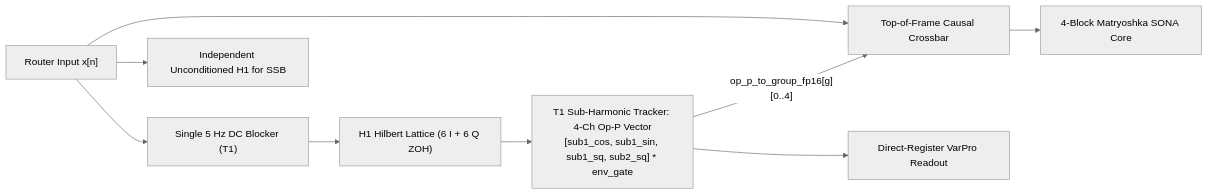
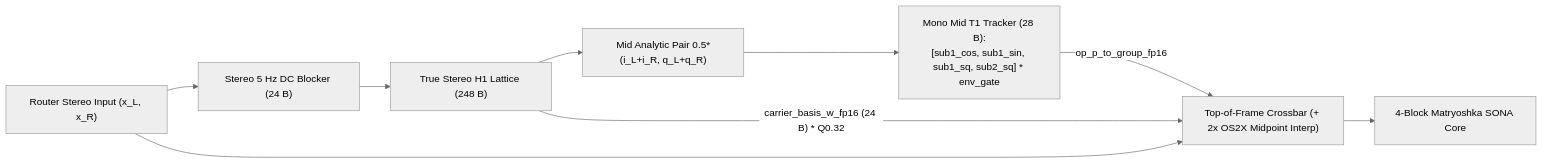
Before and after one commit to mokugen/dnam: the diagram in docs/specs/dsp/op_m_modal_kautz.md, drawn with Mermaid (neutral theme). The commit also changed other lines of this file and 11 other files, not shown here.

````diff
--- a/docs/specs/dsp/op_m_modal_kautz.md
+++ b/docs/specs/dsp/op_m_modal_kautz.md
@@ -213,8 +274,7 @@
 ```mermaid
 flowchart LR
-    X["Router Input x[n]"] --> DC["Single 5 Hz DC Blocker (T1)"] --> H1["H1 Hilbert Lattice (6 I + 6 Q ZOH)"] --> Tracker["T1 Sub-Harmonic Tracker: 4-Ch Op-P Vector<br/>[sub1_cos, sub1_sin, sub1_sq, sub2_sq] * env_gate"]
-    X --> Crossbar["Top-of-Frame Causal Crossbar"] --> Core["4-Block Matryoshka SONA Core"]
-    Tracker -->|"op_p_to_group_fp16[g][0..4]"| Crossbar
-    Tracker --> Readout["Direct-Register VarPro Readout"]
-    X --> SSB["Independent Unconditioned H1 for SSB"]
+    X["Router Stereo Input (x_L, x_R)"] --> DC["Stereo 5 Hz DC Blocker (24 B)"] --> H1["True Stereo H1 Lattice (248 B)"] --> Mid["Mid Analytic Pair 0.5*(i_L+i_R, q_L+q_R)"] --> Tracker["Mono Mid T1 Tracker (28 B):<br/>[sub1_cos, sub1_sin, sub1_sq, sub2_sq] * env_gate"]
+    H1 -->|"carrier_basis_w_fp16 (24 B) * Q0.32"| Crossbar["Top-of-Frame Crossbar (+ 2x OS2X Midpoint Interp)"]
+    X --> Crossbar --> Core["4-Block Matryoshka SONA Core"]
+    Tracker -->|"op_p_to_group_fp16"| Crossbar
 ```
````
